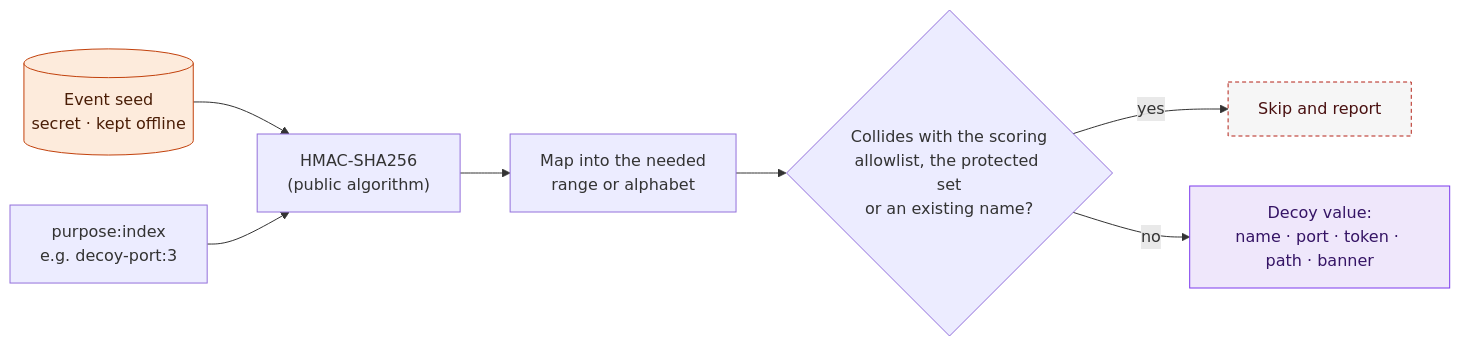
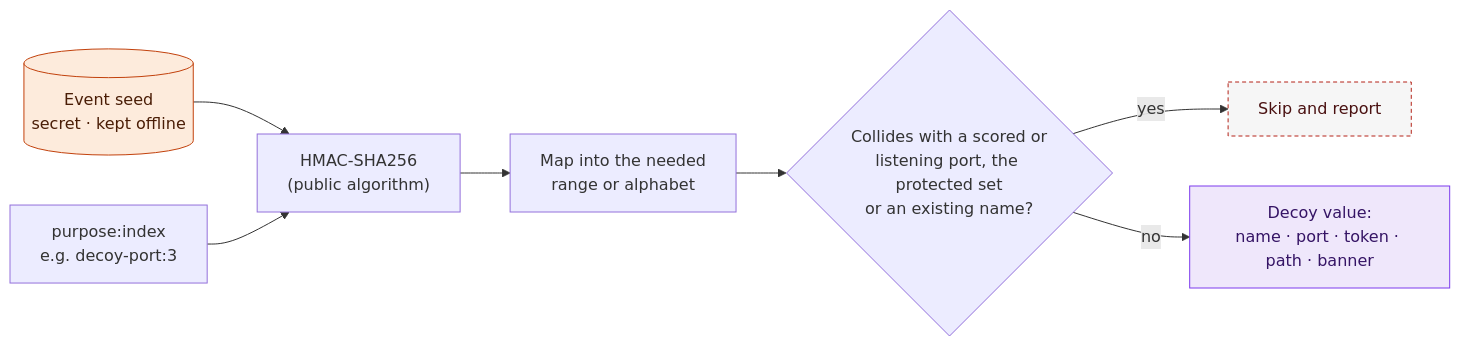
One commit to dotnetdork/Labyrinth changed the diagram in docs/design/03-Event-Seed-and-Deception-Config.md. Above: the diagram before and after it, drawn with Mermaid. The commit also changed other lines of this file and 19 other files, not shown here.

````diff
--- a/docs/design/03-Event-Seed-and-Deception-Config.md
+++ b/docs/design/03-Event-Seed-and-Deception-Config.md
@@ -33,15 +33,15 @@
 ```mermaid
 flowchart LR
     SEED[("Event seed<br/>secret · kept offline")] --> H["HMAC-SHA256<br/>(public algorithm)"]
     LBL["purpose:index<br/>e.g. decoy-port:3"] --> H
     H --> MAP["Map into the needed<br/>range or alphabet"]
-    MAP --> CHK{"Collides with the scoring<br/>allowlist, the protected set<br/>or an existing name?"}
+    MAP --> CHK{"Collides with a scored or<br/>listening port, the protected set<br/>or an existing name?"}
     CHK -->|yes| SKIP["Skip and report"]
     CHK -->|no| VAL["Decoy value:<br/>name · port · token · path · banner"]
     classDef secret fill:#fdebdc,stroke:#c2410c,color:#4a1d06
     classDef deceive fill:#efe7fb,stroke:#7c3aed,color:#351465
     classDef stop fill:#f6f6f6,stroke:#b42318,color:#4a1111,stroke-dasharray:4 3
     class SEED secret
     class VAL deceive
     class SKIP stop
 ```
````
